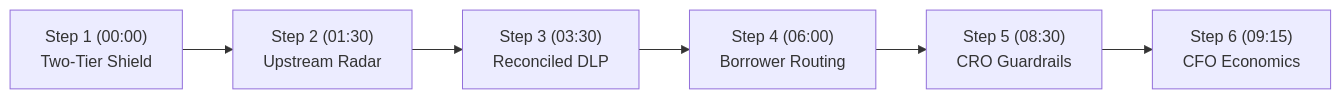
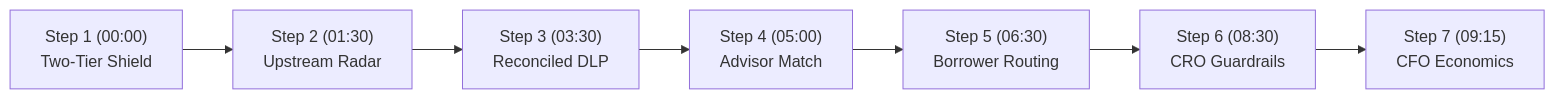
Before and after one commit to acombs121/huntington-retention-workflow: the diagram in docs/DEMO_SCRIPT.md, drawn with Mermaid. The commit also changed other lines of this file and 11 other files, not shown here.

First line of the commit message:
feat(ui): advisor routing view, signal graph modal, and expanded demo payloads

````diff
--- a/docs/DEMO_SCRIPT.md
+++ b/docs/DEMO_SCRIPT.md
@@ -44,8 +44,9 @@
 ```mermaid
 flowchart LR
     S1["Step 1 (00:00)<br/>Two-Tier Shield"] --> S2["Step 2 (01:30)<br/>Upstream Radar"]
     S2 --> S3["Step 3 (03:30)<br/>Reconciled DLP"]
-    S3 --> S4["Step 4 (06:00)<br/>Borrower Routing"]
-    S4 --> S5["Step 5 (08:30)<br/>CRO Guardrails"]
-    S5 --> S6["Step 6 (09:15)<br/>CFO Economics"]
+    S3 --> S4["Step 4 (05:00)<br/>Advisor Match"]
+    S4 --> S5["Step 5 (06:30)<br/>Borrower Routing"]
+    S5 --> S6["Step 6 (08:30)<br/>CRO Guardrails"]
+    S6 --> S7["Step 7 (09:15)<br/>CFO Economics"]
 ```
````
